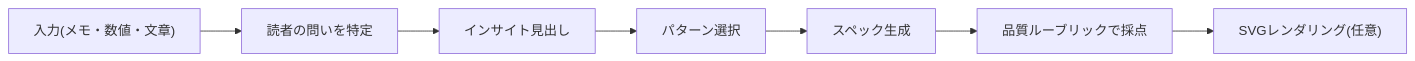
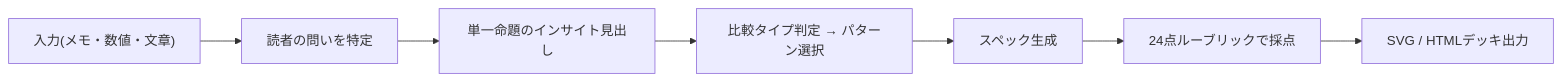
Before and after one commit to kgraph57/mckinsey-style-visualization-skill: the second of 2 diagrams in README.ja.md, drawn with Mermaid. The commit also changed other lines of this file and 10 other files, not shown here.

````diff
--- a/README.ja.md
+++ b/README.ja.md
@@ -114,9 +144,9 @@
 ```mermaid
 flowchart LR
     A["入力(メモ・数値・文章)"] --> B["読者の問いを特定"]
-    B --> C["インサイト見出し"]
-    C --> D["パターン選択"]
+    B --> C["単一命題のインサイト見出し"]
+    C --> D["比較タイプ判定 → パターン選択"]
     D --> E["スペック生成"]
-    E --> F["品質ルーブリックで採点"]
-    F --> G["SVGレンダリング(任意)"]
+    E --> F["24点ルーブリックで採点"]
+    F --> G["SVG / HTMLデッキ出力"]
 ```
````
